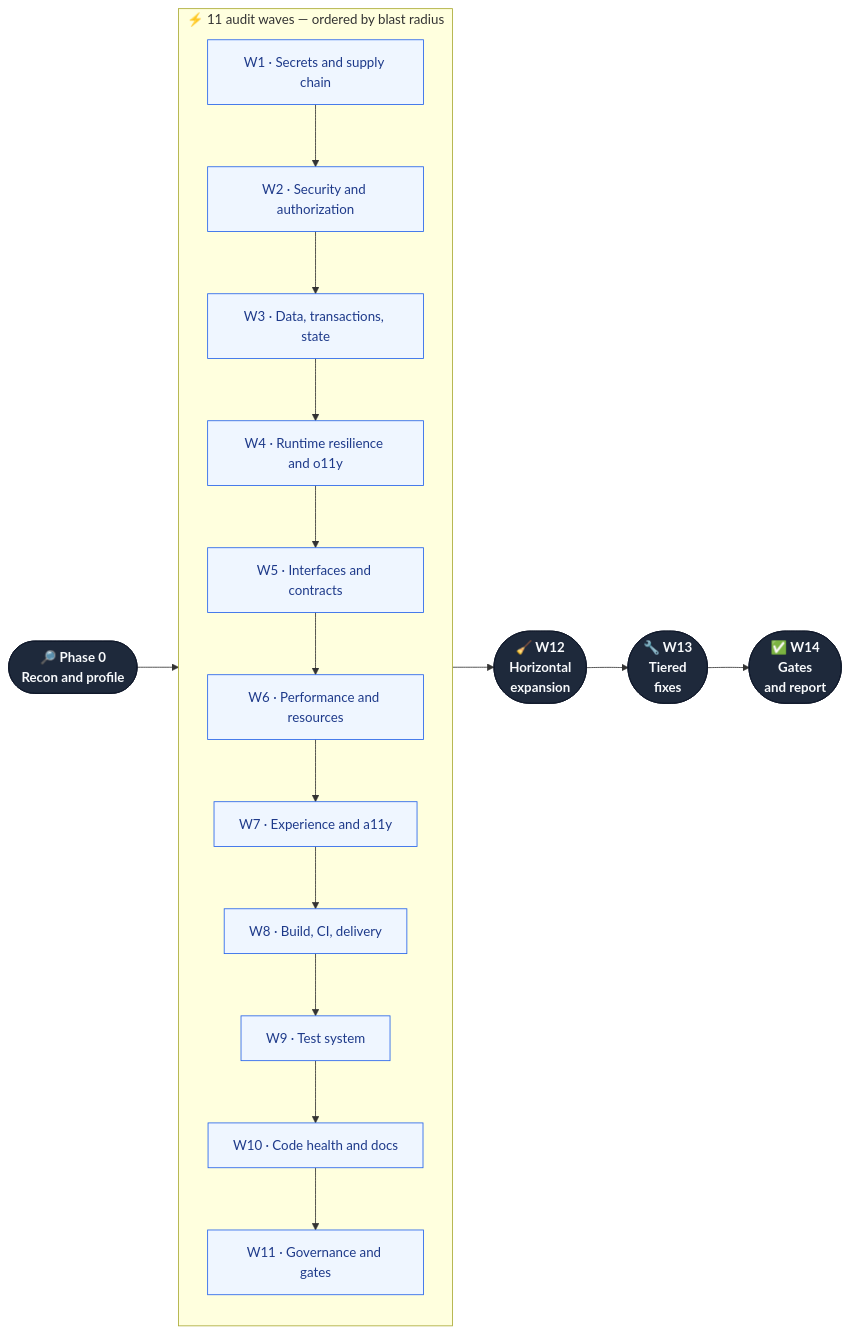
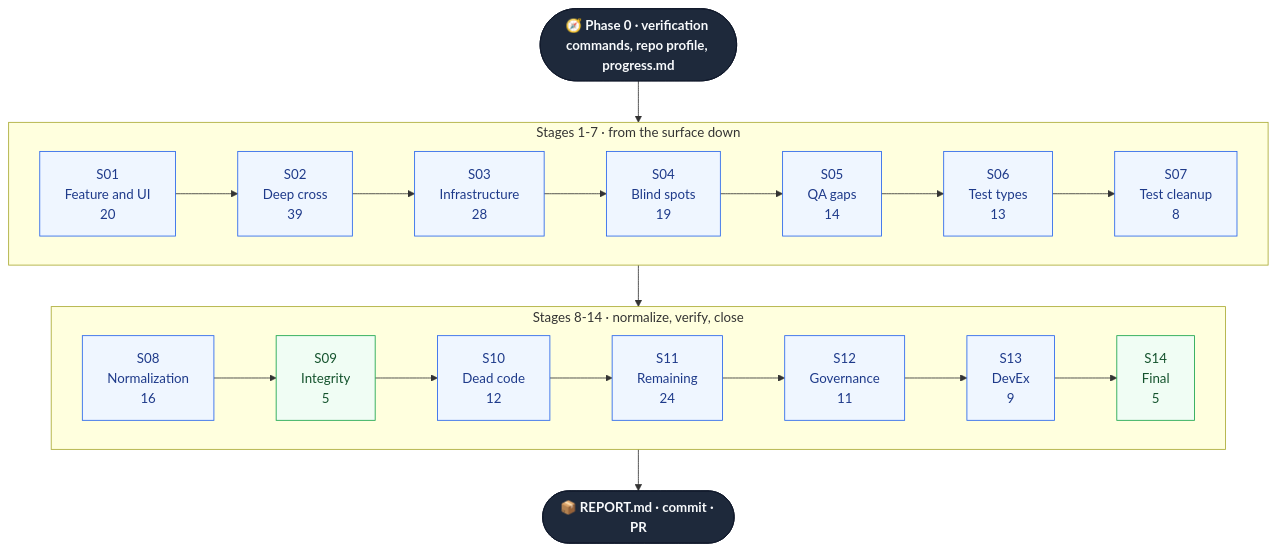
One commit to MarkSight/full-repo-audit changed the second of 3 diagrams in README.md. Above: the diagram before and after it, drawn with Mermaid. The commit also changed other lines of this file and 31 other files, not shown here.

````diff
--- a/README.md
+++ b/README.md
@@ -49,27 +130,27 @@
 ```mermaid
-flowchart LR
-    P0(["🔎 Phase 0<br/>Recon and profile"]) --> W
+flowchart TB
+    P0(["🧭 Phase 0 · verification commands, repo profile, progress.md"])
 
-    subgraph W["⚡ 11 audit waves — ordered by blast radius"]
-        direction TB
-        A["W1 · Secrets and supply chain"] --> B["W2 · Security and authorization"]
-        B --> C["W3 · Data, transactions, state"]
-        C --> D["W4 · Runtime resilience and o11y"]
-        D --> E["W5 · Interfaces and contracts"]
-        E --> F["W6 · Performance and resources"]
-        F --> G["W7 · Experience and a11y"]
-        G --> H["W8 · Build, CI, delivery"]
-        H --> I["W9 · Test system"]
-        I --> J["W10 · Code health and docs"]
-        J --> K["W11 · Governance and gates"]
+    subgraph A["Stages 1-7 · from the surface down"]
+        direction LR
+        S01["S01<br/>Feature and UI<br/>20"] --> S02["S02<br/>Deep cross<br/>39"] --> S03["S03<br/>Infrastructure<br/>28"] --> S04["S04<br/>Blind spots<br/>19"] --> S05["S05<br/>QA gaps<br/>14"] --> S06["S06<br/>Test types<br/>13"] --> S07["S07<br/>Test cleanup<br/>8"]
     end
 
-    W --> X(["🧹 W12<br/>Horizontal<br/>expansion"])
-    X --> Y(["🔧 W13<br/>Tiered<br/>fixes"])
-    Y --> Z(["✅ W14<br/>Gates<br/>and report"])
+    subgraph B["Stages 8-14 · normalize, verify, close"]
+        direction LR
+        S08["S08<br/>Normalization<br/>16"] --> S09["S09<br/>Integrity<br/>5"] --> S10["S10<br/>Dead code<br/>12"] --> S11["S11<br/>Remaining<br/>24"] --> S12["S12<br/>Governance<br/>11"] --> S13["S13<br/>DevEx<br/>9"] --> S14["S14<br/>Final<br/>5"]
+    end
+
+    END(["📦 REPORT.md · commit · PR"])
+
+    P0 --> A
+    A --> B
+    B --> END
 
     classDef phase fill:#1e293b,stroke:#0f172a,color:#f8fafc,font-weight:bold
-    classDef wave fill:#eff6ff,stroke:#2563eb,color:#1e3a8a
-    class P0,X,Y,Z phase
-    class A,B,C,D,E,F,G,H,I,J,K wave
+    classDef stage fill:#eff6ff,stroke:#2563eb,color:#1e3a8a
+    classDef gate fill:#f0fdf4,stroke:#16a34a,color:#14532d
+    class P0,END phase
+    class S01,S02,S03,S04,S05,S06,S07,S08,S10,S11,S12,S13 stage
+    class S09,S14 gate
 ```
````
